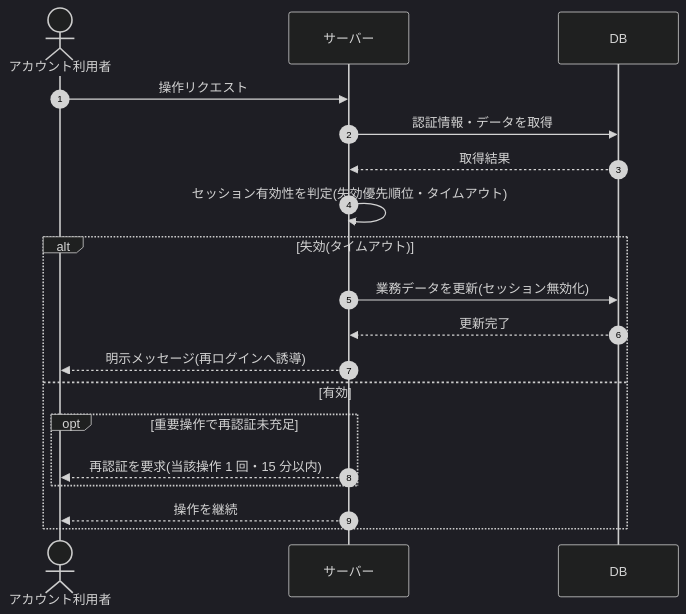
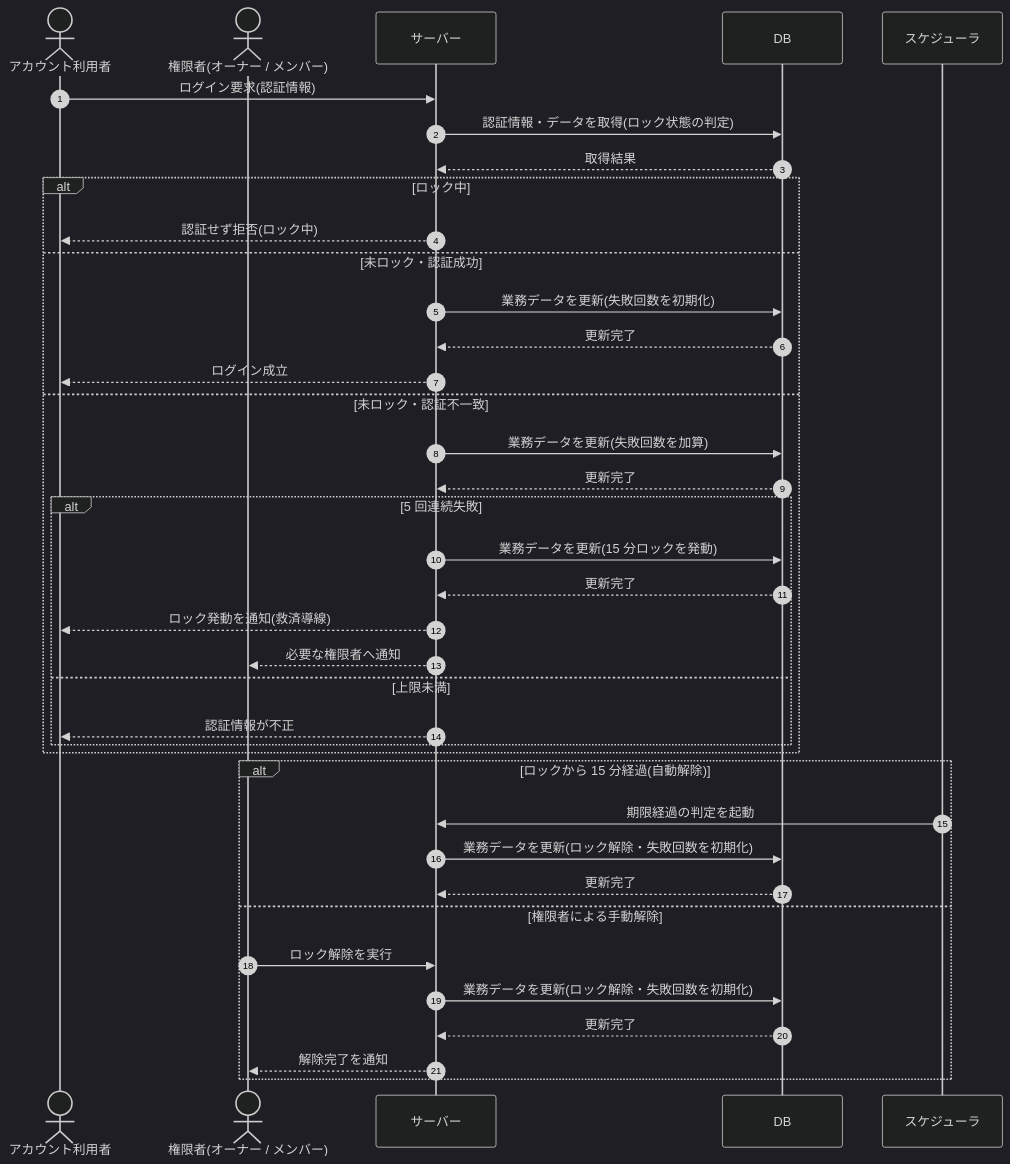
Before and after one commit to sikakou54/open-faq: the diagram in 02_basic_design/03_sequences/SEQ-100.md, drawn with Mermaid (dark theme). The commit also changed other lines of this file and 99 other files, not shown here.

````diff
--- a/02_basic_design/03_sequences/SEQ-100.md
+++ b/02_basic_design/03_sequences/SEQ-100.md
@@ -25,21 +25,40 @@
 ```mermaid
 sequenceDiagram
   autonumber
   actor U as アカウント利用者
+  actor M as 権限者(オーナー / メンバー)
   participant Server as サーバー
   participant DB as DB
-  U->>Server: 操作リクエスト
-  Server->>DB: 認証情報・データを取得
+  participant SCH as スケジューラ
+  U->>Server: ログイン要求(認証情報)
+  Server->>DB: 認証情報・データを取得(ロック状態の判定)
   DB-->>Server: 取得結果
-  Server->>Server: セッション有効性を判定(失効優先順位・タイムアウト)
-  alt 失効(タイムアウト)
-    Server->>DB: 業務データを更新(セッション無効化)
+  alt ロック中
+    Server-->>U: 認証せず拒否(ロック中)
+  else 未ロック・認証成功
+    Server->>DB: 業務データを更新(失敗回数を初期化)
     DB-->>Server: 更新完了
-    Server-->>U: 明示メッセージ(再ログインへ誘導)
-  else 有効
-    opt 重要操作で再認証未充足
-      Server-->>U: 再認証を要求(当該操作 1 回・15 分以内)
+    Server-->>U: ログイン成立
+  else 未ロック・認証不一致
+    Server->>DB: 業務データを更新(失敗回数を加算)
+    DB-->>Server: 更新完了
+    alt 5 回連続失敗
+      Server->>DB: 業務データを更新(15 分ロックを発動)
+      DB-->>Server: 更新完了
+      Server-->>U: ロック発動を通知(救済導線)
+      Server-->>M: 必要な権限者へ通知
+    else 上限未満
+      Server-->>U: 認証情報が不正
     end
-    Server-->>U: 操作を継続
+  end
+  alt ロックから 15 分経過(自動解除)
+    SCH->>Server: 期限経過の判定を起動
+    Server->>DB: 業務データを更新(ロック解除・失敗回数を初期化)
+    DB-->>Server: 更新完了
+  else 権限者による手動解除
+    M->>Server: ロック解除を実行
+    Server->>DB: 業務データを更新(ロック解除・失敗回数を初期化)
+    DB-->>Server: 更新完了
+    Server-->>M: 解除完了を通知
   end
 ```
````
